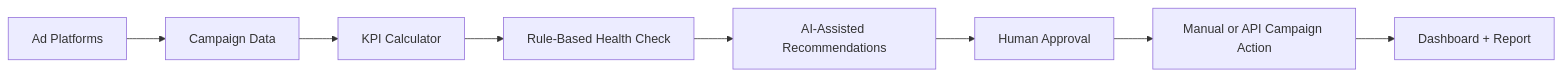
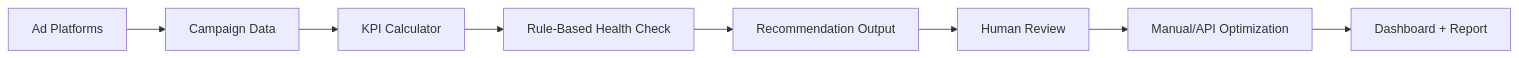
One commit to vaishnavkadhao/ai-performance-marketing-automation-lab changed the first of 3 diagrams in README.md. Above: the diagram before and after it, drawn with Mermaid. The commit also changed other lines of this file, not shown here.

````diff
--- a/README.md
+++ b/README.md
@@ -27,10 +27,10 @@
 ```mermaid
 flowchart LR
     A[Ad Platforms] --> B[Campaign Data]
     B --> C[KPI Calculator]
     C --> D[Rule-Based Health Check]
-    D --> E[AI-Assisted Recommendations]
-    E --> F[Human Approval]
-    F --> G[Manual or API Campaign Action]
+    D --> E[Recommendation Output]
+    E --> F[Human Review]
+    F --> G[Manual/API Optimization]
     G --> H[Dashboard + Report]
 ```
````
